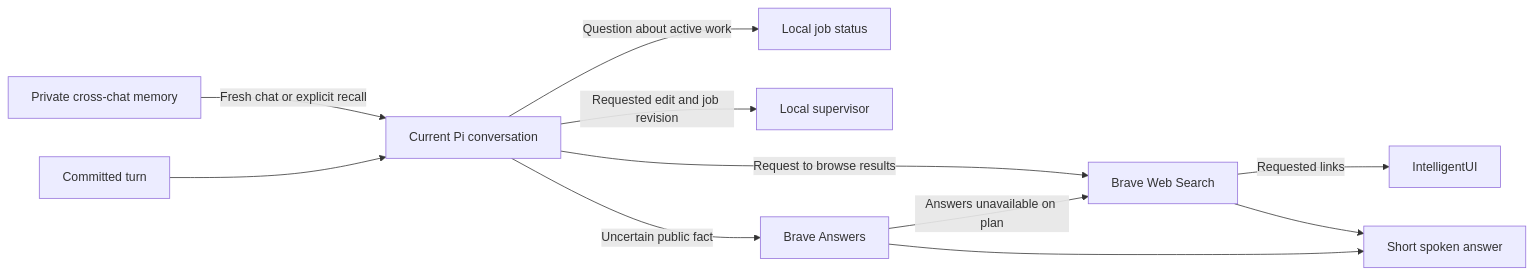
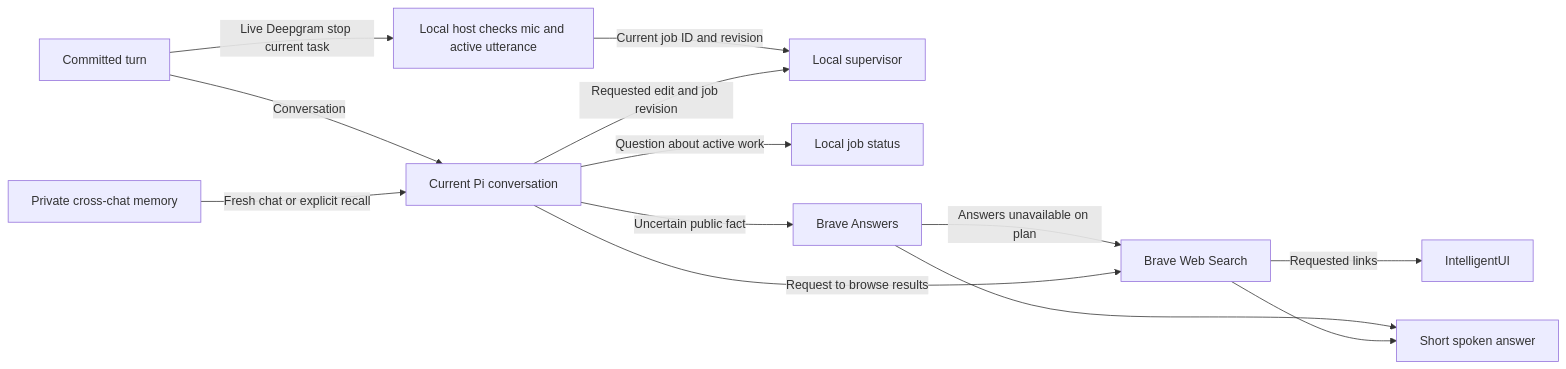
One commit to justinruaya123/me3-full-duplex-agent changed the third of 3 diagrams in docs/ARCHITECTURE_REVIEW.md. Above: the diagram before and after it, drawn with Mermaid. The commit also changed other lines of this file and 9 other files, not shown here.

````diff
--- a/docs/ARCHITECTURE_REVIEW.md
+++ b/docs/ARCHITECTURE_REVIEW.md
@@ -48,13 +50,15 @@
 ```mermaid
 flowchart LR
-  turn[Committed turn] --> thread[Current Pi conversation]
+  turn[Committed turn] -->|Conversation| thread[Current Pi conversation]
+  turn -->|Live Deepgram stop current task| cancel[Local host checks mic and active utterance]
+  cancel -->|Current job ID and revision| job[Local supervisor]
   memory[Private cross-chat memory] -->|Fresh chat or explicit recall| thread
   thread -->|Question about active work| status[Local job status]
-  thread -->|Requested edit and job revision| job[Local supervisor]
+  thread -->|Requested edit and job revision| job
   thread -->|Uncertain public fact| answer[Brave Answers]
   answer -->|Answers unavailable on plan| web[Brave Web Search]
   thread -->|Request to browse results| web
   web -->|Requested links| ui[IntelligentUI]
   answer --> speech[Short spoken answer]
   web --> speech
 ```
````
